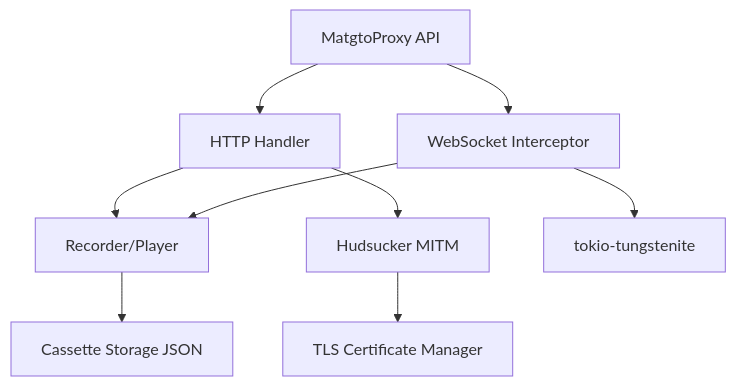
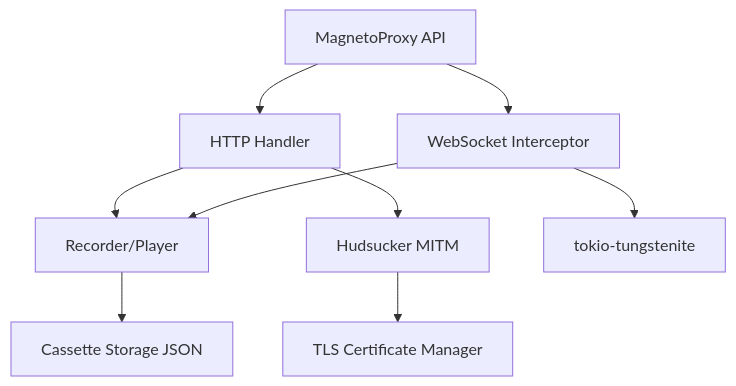
One commit to taciclei/magneto-serge changed the second of 2 diagrams in README.md. Above: the diagram before and after it, drawn with Mermaid. The commit also changed other lines of this file and 45 other files, not shown here.

First line of the commit message:
refactor: renommer MatgtoProxy → MagnetoProxy et CLI matgto → magneto

````diff
--- a/README.md
+++ b/README.md
@@ -268,11 +315,11 @@
 ```mermaid
 graph TB
-    A[MatgtoProxy API] --> B[HTTP Handler]
+    A[MagnetoProxy API] --> B[HTTP Handler]
     A --> C[WebSocket Interceptor]
     B --> D[Recorder/Player]
     C --> D
     D --> E[Cassette Storage JSON]
     B --> F[Hudsucker MITM]
     C --> G[tokio-tungstenite]
     F --> H[TLS Certificate Manager]
 ```
````
